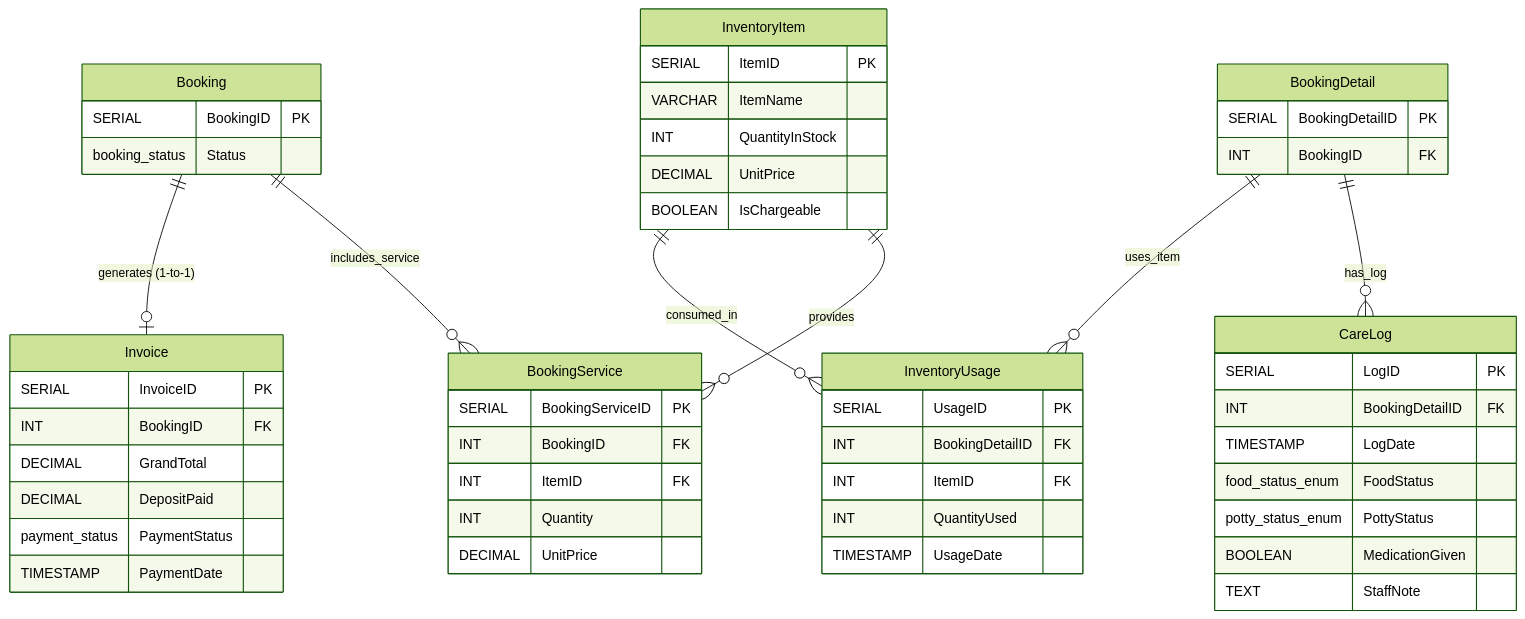
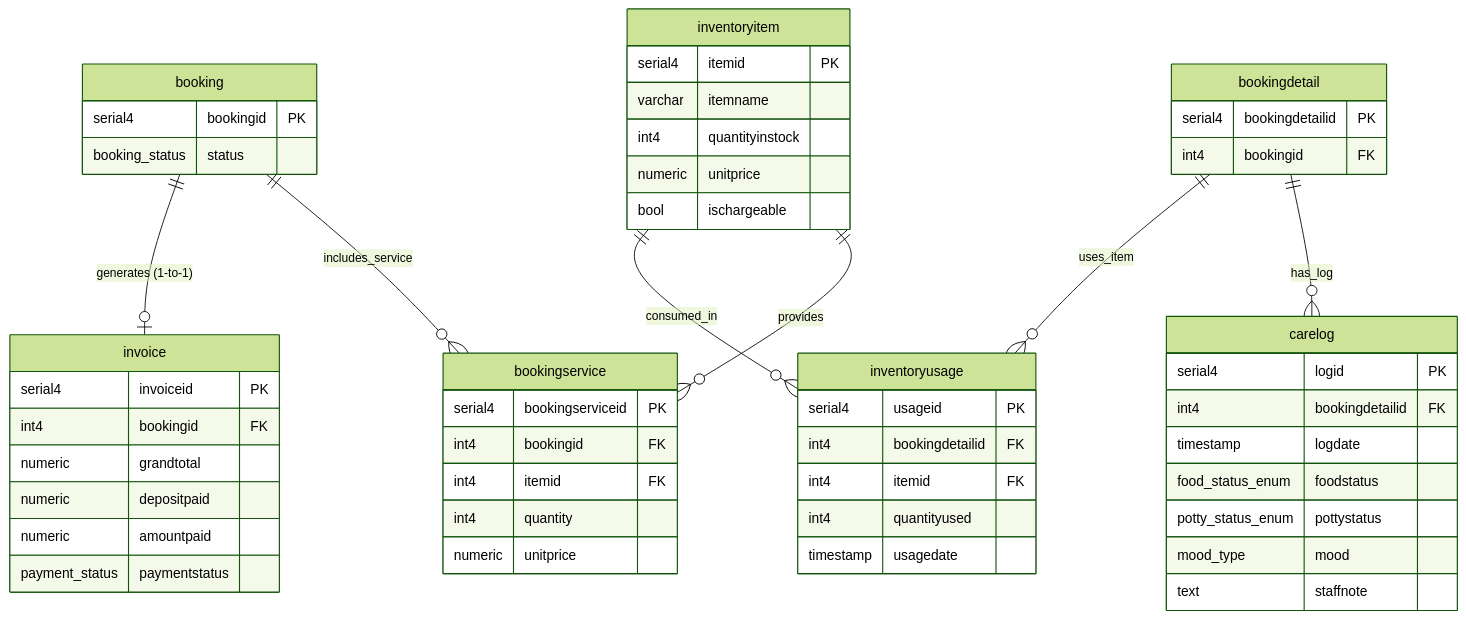
The diagram in Diagram/CarelogAndInventory.md (athiphat67/CN230-Group-Project), drawn with Mermaid (forest theme) before and after one commit. The commit also changed 7 other files, not shown here.

First line of the commit message:
Normalize mermaid ER diagrams and update assets

```diff
--- a/Diagram/CarelogAndInventory.md
+++ b/Diagram/CarelogAndInventory.md
@@ -1,56 +1,56 @@
 :::mermaid
 erDiagram
-    Booking ||--o{ BookingService : "includes_service"
-    Booking ||--o| Invoice : "generates (1-to-1)"
-    BookingDetail ||--o{ CareLog : "has_log"
-    BookingDetail ||--o{ InventoryUsage : "uses_item"
-    InventoryItem ||--o{ BookingService : "provides"
-    InventoryItem ||--o{ InventoryUsage : "consumed_in"
+    booking ||--o{ bookingservice : "includes_service"
+    booking ||--o| invoice : "generates (1-to-1)"
+    bookingdetail ||--o{ carelog : "has_log"
+    bookingdetail ||--o{ inventoryusage : "uses_item"
+    inventoryitem ||--o{ bookingservice : "provides"
+    inventoryitem ||--o{ inventoryusage : "consumed_in"
 
-    Booking {
-        SERIAL BookingID PK
-        booking_status Status
+    booking {
+        serial4 bookingid PK
+        booking_status status
     }
-    BookingDetail {
-        SERIAL BookingDetailID PK
-        INT BookingID FK
+    bookingdetail {
+        serial4 bookingdetailid PK
+        int4 bookingid FK
     }
-    CareLog {
-        SERIAL LogID PK
-        INT BookingDetailID FK
-        TIMESTAMP LogDate
-        food_status_enum FoodStatus
-        potty_status_enum PottyStatus
-        BOOLEAN MedicationGiven
-        TEXT StaffNote
+    carelog {
+        serial4 logid PK
+        int4 bookingdetailid FK
+        timestamp logdate
+        food_status_enum foodstatus
+        potty_status_enum pottystatus
+        mood_type mood
+        text staffnote
     }
-    InventoryItem {
-        SERIAL ItemID PK
-        VARCHAR ItemName
-        INT QuantityInStock
-        DECIMAL UnitPrice
-        BOOLEAN IsChargeable
+    inventoryitem {
+        serial4 itemid PK
+        varchar itemname
+        int4 quantityinstock
+        numeric unitprice
+        bool ischargeable
     }
-    BookingService {
-        SERIAL BookingServiceID PK
-        INT BookingID FK
-        INT ItemID FK
-        INT Quantity
-        DECIMAL UnitPrice
+    bookingservice {
+        serial4 bookingserviceid PK
+        int4 bookingid FK
+        int4 itemid FK
+        int4 quantity
+        numeric unitprice
     }
-    InventoryUsage {
-        SERIAL UsageID PK
-        INT BookingDetailID FK
-        INT ItemID FK
-        INT QuantityUsed
-        TIMESTAMP UsageDate
+    inventoryusage {
+        serial4 usageid PK
+        int4 bookingdetailid FK
+        int4 itemid FK
+        int4 quantityused
+        timestamp usagedate
     }
-    Invoice {
-        SERIAL InvoiceID PK
-        INT BookingID FK
-        DECIMAL GrandTotal
-        DECIMAL DepositPaid
-        payment_status PaymentStatus
-        TIMESTAMP PaymentDate
+    invoice {
+        serial4 invoiceid PK
+        int4 bookingid FK
+        numeric grandtotal
+        numeric depositpaid
+        numeric amountpaid
+        payment_status paymentstatus
     }
 :::
```
